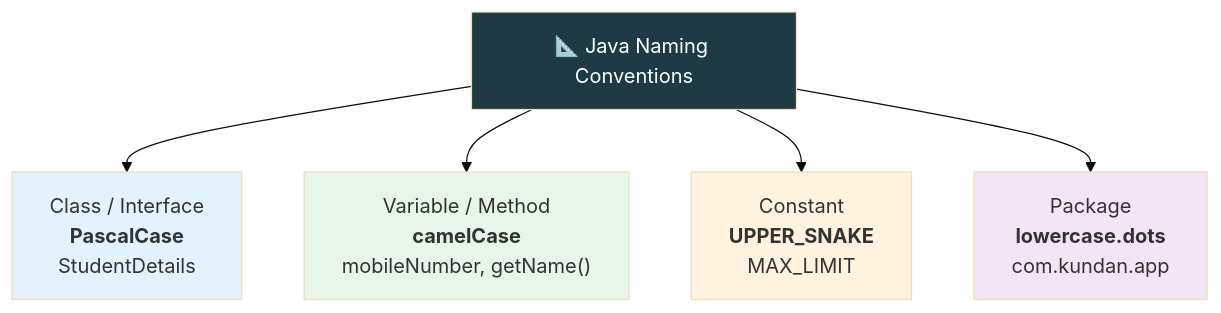
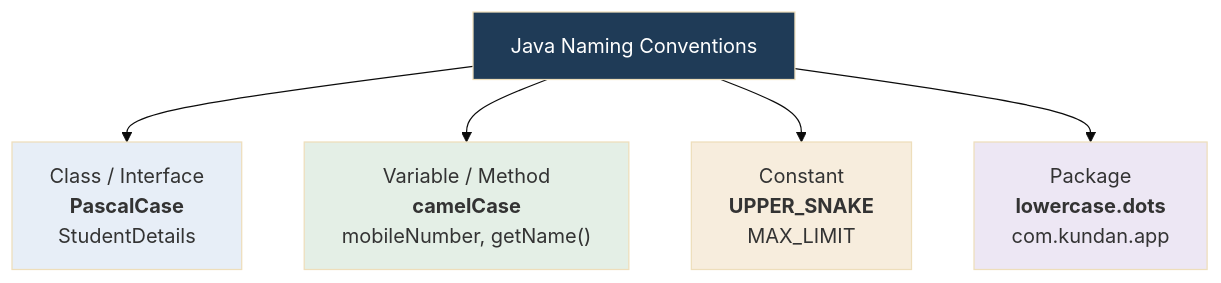
Before and after one commit to kundankumarsharma56/Leaning-Java: the diagram in src/Theory/02-Data-Types-and-Variables/05-Java-Coding-Standards.md, drawn with Mermaid (base theme). The commit also changed other lines of this file and 84 other files, not shown here.

````diff
--- a/src/Theory/02-Data-Types-and-Variables/05-Java-Coding-Standards.md
+++ b/src/Theory/02-Data-Types-and-Variables/05-Java-Coding-Standards.md
@@ -21,13 +21,13 @@
 ```mermaid
 flowchart TD
-    C["📐 Java Naming Conventions"]
+    C["Java Naming Conventions"]
     C --> A["Class / Interface<br/><b>PascalCase</b><br/>StudentDetails"]
     C --> B["Variable / Method<br/><b>camelCase</b><br/>mobileNumber, getName()"]
     C --> D["Constant<br/><b>UPPER_SNAKE</b><br/>MAX_LIMIT"]
     C --> E["Package<br/><b>lowercase.dots</b><br/>com.kundan.app"]
-    style C fill:#203a43,color:#fff
-    style A fill:#e3f2fd
-    style B fill:#e8f5e9
-    style D fill:#fff3e0
-    style E fill:#f3e5f5
+    style C fill:#1f3b57,color:#fff
+    style A fill:#e7eef7
+    style B fill:#e4efe6
+    style D fill:#f7eddd
+    style E fill:#ede7f4
 ```
````
